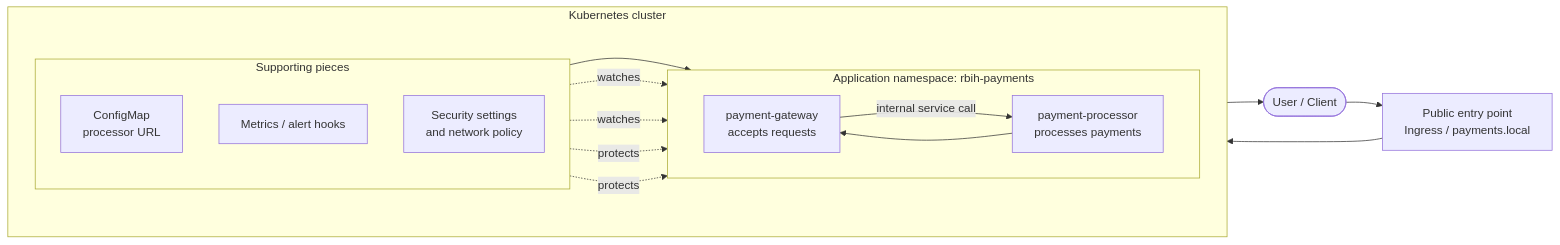
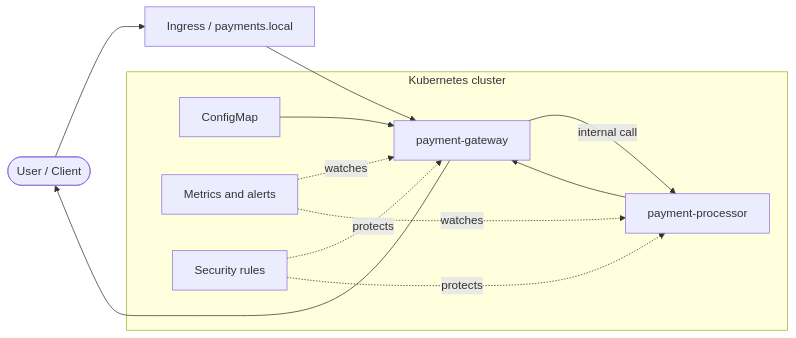
The diagram in README.md (sandeep14394413/rbih-devops), drawn with Mermaid before and after one commit. The commit also changed other lines of this file, not shown here.

````diff
--- a/README.md
+++ b/README.md
@@ -36,30 +36,21 @@
 ```mermaid
 flowchart LR
-    user([User / Client]) --> entry[Public entry point\nIngress / payments.local]
+    user([User / Client]) --> entry[Ingress / payments.local]
 
     subgraph cluster[Kubernetes cluster]
-        direction LR
-
-        subgraph app[Application namespace: rbih-payments]
-            direction LR
-            gateway[payment-gateway\naccepts requests]
-            processor[payment-processor\nprocesses payments]
-        end
-
-        subgraph controls[Supporting pieces]
-            direction TB
-            cfg[ConfigMap\nprocessor URL]
-            mon[Metrics / alert hooks]
-            sec[Security settings\nand network policy]
-        end
+        gateway[payment-gateway]
+        processor[payment-processor]
+        cfg[ConfigMap]
+        mon[Metrics and alerts]
+        sec[Security rules]
     end
 
     entry --> gateway
-    gateway -->|internal service call| processor
+    gateway -->|internal call| processor
     cfg --> gateway
     mon -. watches .-> gateway
     mon -. watches .-> processor
     sec -. protects .-> gateway
     sec -. protects .-> processor
     processor --> gateway --> user
 ```
````
